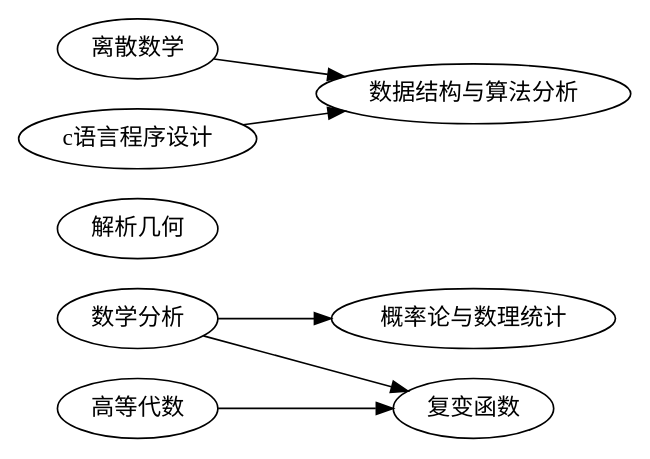
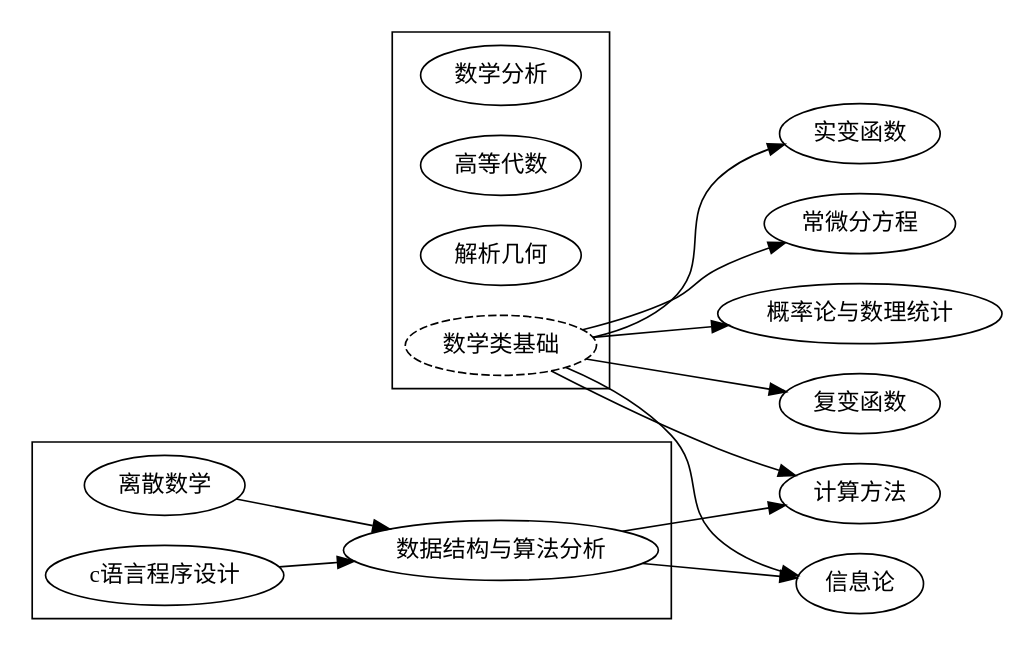
Before and after one commit to MuggleWei/learning_compass: the diagram in content/posts/major/信息与计算科学/index.md, drawn with Graphviz. The commit also changed other lines of this file, not shown here.

Commit message:
update major/信息与计算科学

````diff
--- a/content/posts/major/信息与计算科学/index.md
+++ b/content/posts/major/信息与计算科学/index.md
@@ -29,24 +34,54 @@
 ```graphviz
 digraph {
     rankdir=LR;
 
     m1_1 [label="数学分析"];
     m1_2 [label="高等代数"];
     m1_3 [label="解析几何"];
     m1_4 [label="离散数学"];
 
     m2_1 [label="概率论与数理统计"]
     m2_2 [label="复变函数"]
+    m2_3 [label="实变函数"]
+    m2_4 [label="常微分方程"]
 
     c1_1 [label="c语言程序设计"];
     c2_1 [label="数据结构与算法分析"];
 
+    cm1_1 [label="计算方法"]
+    cm1_2 [label="信息论"]
+
+    subgraph cluster_math_base {
+        m1_1; m1_2; m1_3;
+        m1 [label="数学类基础", style="dashed"];
+    };
+
+    subgraph cluster_cs_base {
+        m1_4; c1_1; c2_1;
+    };
+
+    # 概率论与数理统计
+    m1->m2_1;
+
+    # 复变函数
+    m1->m2_2;
+
+    # 常微分方程
+    m1->m2_4;
+
+    # 实变函数
+    m1->m2_3;
+
+    # 数据结构与算法分析
     m1_4->c2_1;
     c1_1->c2_1;
 
-    m1_1->m2_1;
+    # 计算方法
+    m1->cm1_1;
+    c2_1->cm1_1;
 
-    m1_1->m2_2;
-    m1_2->m2_2;
+    # 信息论
+    m1->cm1_2;
+    c2_1->cm1_2;
 }
 ```
````
